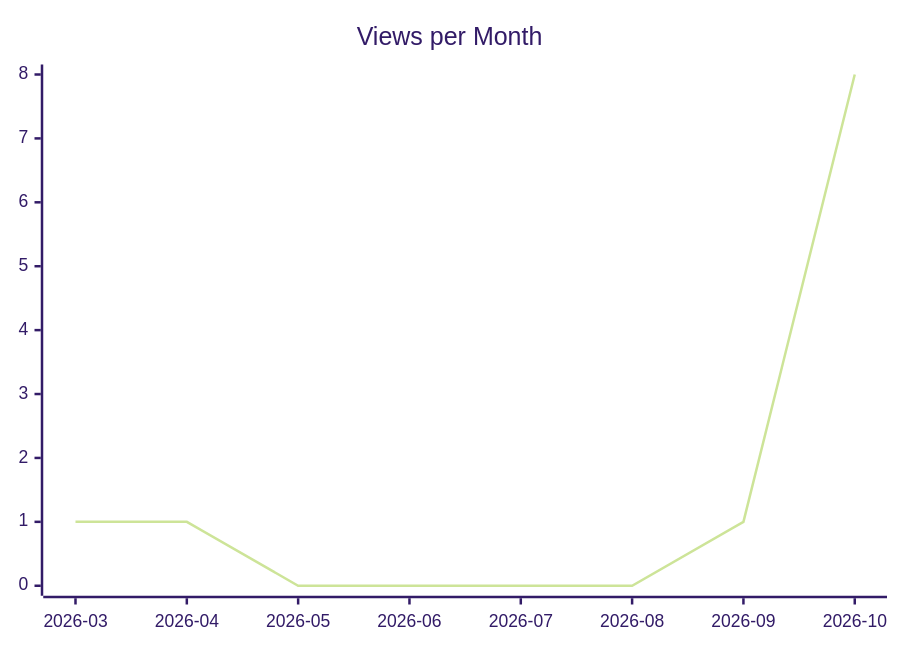
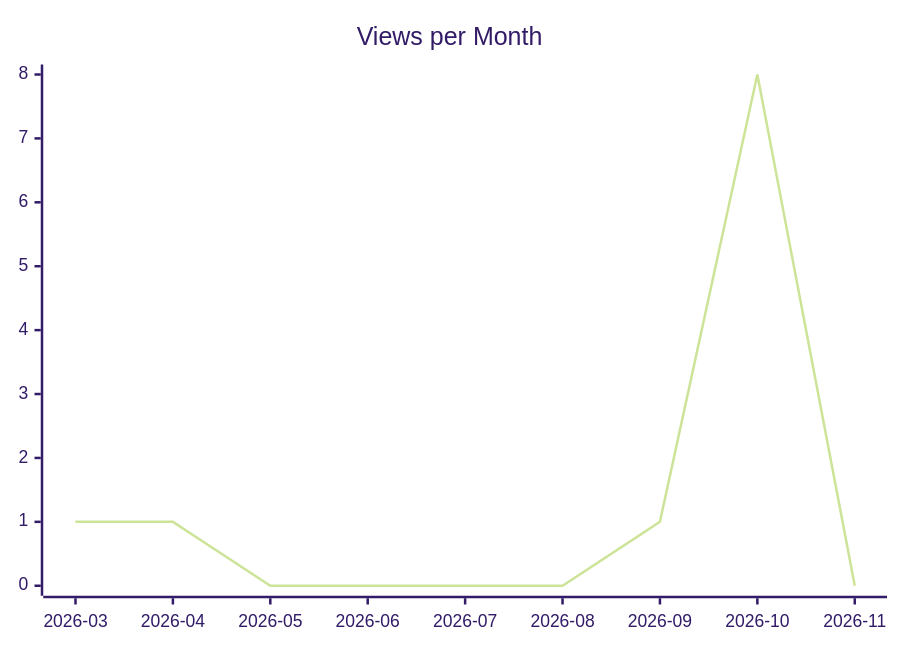
The second of 3 diagrams in karlmdavis/todoist-ai/README.md (justdavis-family/github-analytics-data), drawn with Mermaid (forest theme) before and after one commit. The commit also changed other lines of this file and 201 other files, not shown here.

````diff
--- a/karlmdavis/todoist-ai/README.md
+++ b/karlmdavis/todoist-ai/README.md
@@ -12,6 +12,6 @@
 ```mermaid
 xychart-beta
   title "Views per Month"
-  x-axis ["2026-03", "2026-04", "2026-05", "2026-06", "2026-07", "2026-08", "2026-09", "2026-10"]
-  line [1, 1, 0, 0, 0, 0, 1, 8]
+  x-axis ["2026-03", "2026-04", "2026-05", "2026-06", "2026-07", "2026-08", "2026-09", "2026-10", "2026-11"]
+  line [1, 1, 0, 0, 0, 0, 1, 8, 0]
 ```
````
